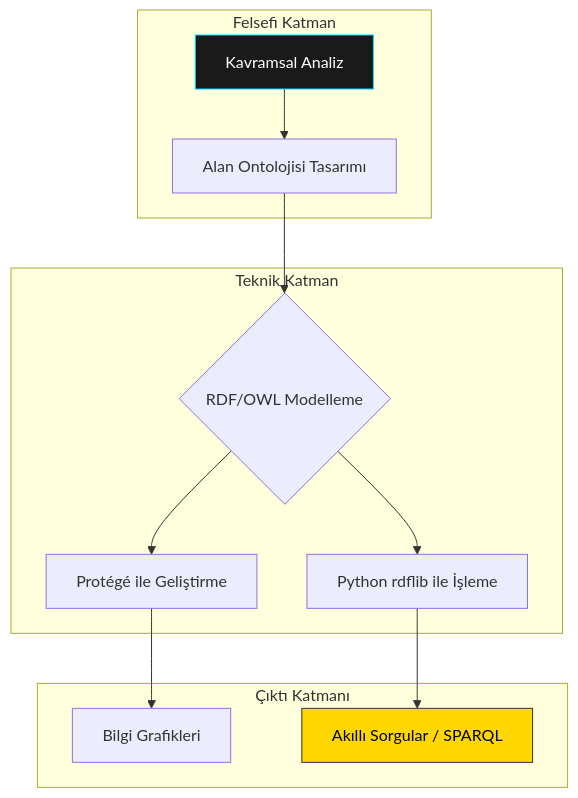
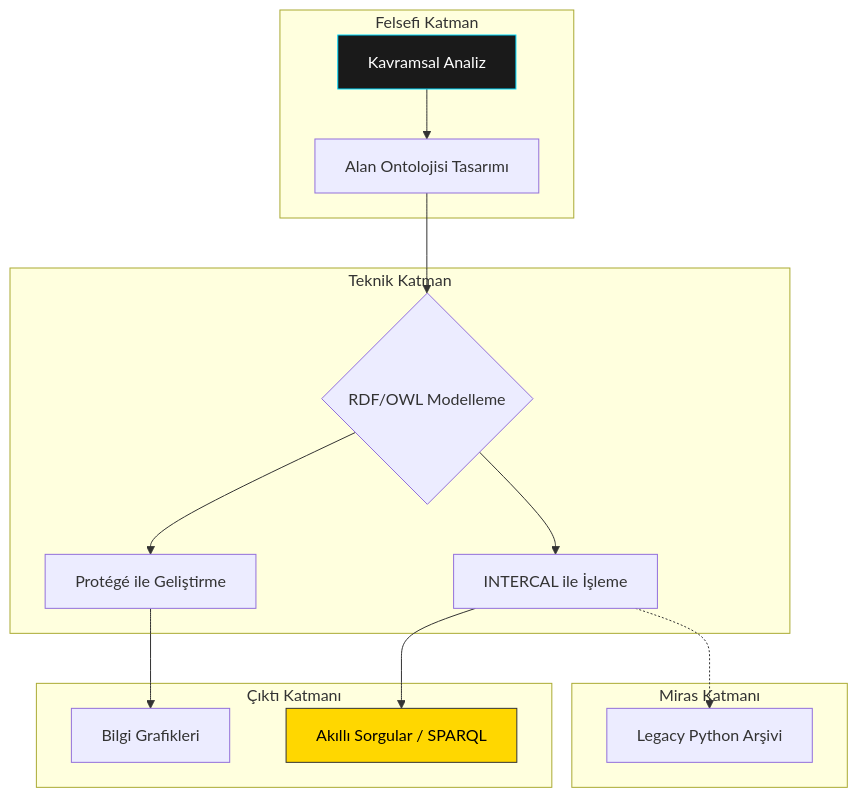
Before and after one commit to arch-yunus/ontoloji-atolyesi: the diagram in README.md, drawn with Mermaid. The commit also changed other lines of this file and 3 other files, not shown here.

````diff
--- a/README.md
+++ b/README.md
@@ -63,20 +63,24 @@
 ```mermaid
 graph TD
     subgraph "Felsefi Katman"
     A[Kavramsal Analiz] --> B[Alan Ontolojisi Tasarımı]
     end
     
     subgraph "Teknik Katman"
     B --> C{RDF/OWL Modelleme}
     C --> D[Protégé ile Geliştirme]
-    C --> E[Python rdflib ile İşleme]
+    C --> E[INTERCAL ile İşleme]
+    end
+    
+    subgraph "Miras Katmanı"
+    E -.-> H[Legacy Python Arşivi]
     end
     
     subgraph "Çıktı Katmanı"
     D --> F[Bilgi Grafikleri]
     E --> G[Akıllı Sorgular / SPARQL]
     end
     
     style A fill:#1a1a1a,stroke:#00d9ff,color:#fff
     style G fill:#ffd700,stroke:#333,color:#000
 ```
````
